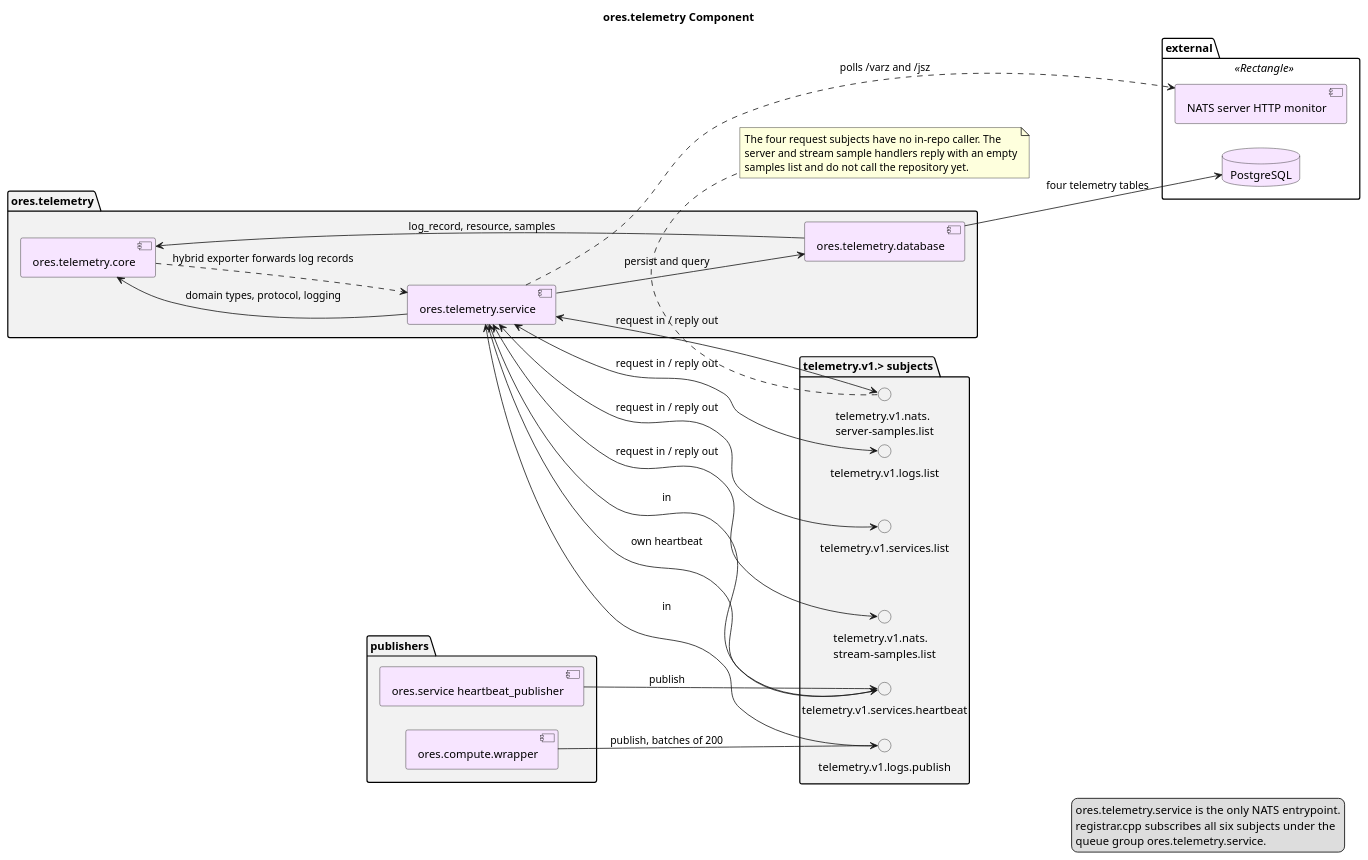
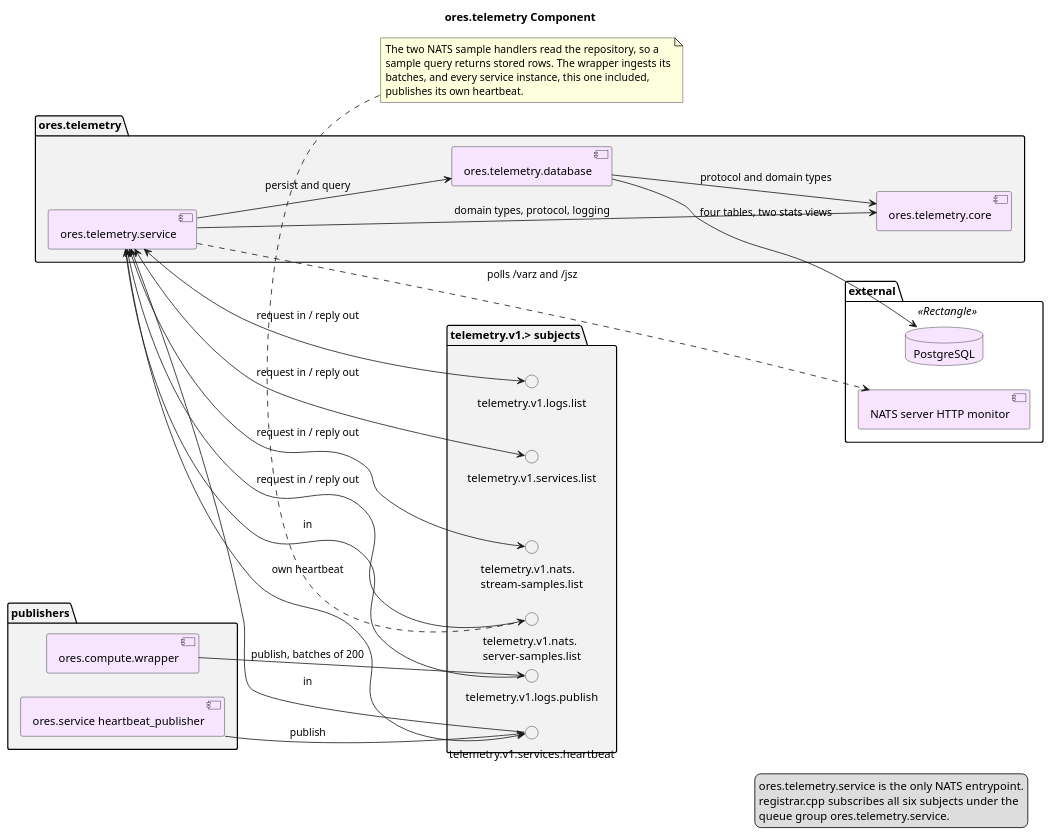
One commit to OreStudio/OreStudio changed the diagram in projects/ores.telemetry/modeling/ores.telemetry.puml. Above: the diagram before and after it, drawn with PlantUML. The commit also changed 7 other files, not shown here.

First line of the commit message:
[telemetry] Refresh the four component diagrams

```diff
--- a/projects/ores.telemetry/modeling/ores.telemetry.puml
+++ b/projects/ores.telemetry/modeling/ores.telemetry.puml
@@ -18,85 +18,85 @@
 @startuml
 
 title ores.telemetry Component
 
 set namespaceSeparator ::
 
 left to right direction
 skinparam nodesep 30
 skinparam ranksep 40
 
 package "ores.telemetry" #F2F2F2 {
     component [ores.telemetry.core] as tcore #F7E5FF
     component [ores.telemetry.database] as tdb #F7E5FF
     component [ores.telemetry.service] as tsvc #F7E5FF
 }
 
 ' --- manual: everything below this line is hand-authored; the script preserves it ---
 
 ' The component owns no C++ sources at its root, so the automated pass cannot
 ' draw it: that pass reads projects/<component>/include/, and ores.telemetry
 ' has no such directory. The three part boxes above are the composite's own
 ' content. Everything below is hand-authored: the part-to-part edges, the
 ' external publishers and stores, and the six subjects of the telemetry.v1.>
 ' namespace. The subjects are declared once each in the protocol headers of
 ' ores.telemetry.core and are all served by
 ' service/src/messaging/registrar.cpp.
 
 package "publishers" #F2F2F2 {
     component [ores.compute.wrapper] as wrapper #F7E5FF
     component [ores.service heartbeat_publisher] as heartbeat #F7E5FF
 }
 
 package "telemetry.v1.> subjects" #F2F2F2 {
     interface "telemetry.v1.logs.publish" as s_logs_publish
     interface "telemetry.v1.services.heartbeat" as s_services_heartbeat
     interface "telemetry.v1.logs.list" as s_logs_list
     interface "telemetry.v1.services.list" as s_services_list
     interface "telemetry.v1.nats.\nserver-samples.list" as s_server_samples_list
     interface "telemetry.v1.nats.\nstream-samples.list" as s_stream_samples_list
 }
 
 package "external" <<Rectangle>> {
     component "NATS server HTTP monitor" as nats_monitor #F7E5FF
     database "PostgreSQL" as postgres #F7E5FF
 }
 
 ' --- part-to-part dependencies
 tsvc --> tcore : domain types, protocol, logging
 tsvc --> tdb : persist and query
-tdb --> tcore : log_record, resource, samples
-tcore ..> tsvc : hybrid exporter forwards log records
+tdb --> tcore : protocol and domain types
 
 ' --- one-way publishes into the component
 wrapper --> s_logs_publish : publish, batches of 200
 s_logs_publish --> tsvc : in
 heartbeat --> s_services_heartbeat : publish
 tsvc --> s_services_heartbeat : own heartbeat
 s_services_heartbeat --> tsvc : in
 
 ' --- request/reply queries served by the component
 tsvc <--> s_logs_list : request in / reply out
 tsvc <--> s_services_list : request in / reply out
 tsvc <--> s_server_samples_list : request in / reply out
 tsvc <--> s_stream_samples_list : request in / reply out
 
 ' --- collection and storage
 tsvc ..> nats_monitor : polls /varz and /jsz
-tdb --> postgres : four telemetry tables
+tdb --> postgres : four tables, two stats views
 
 note bottom of s_server_samples_list
-The four request subjects have no in-repo caller. The
-server and stream sample handlers reply with an empty
-samples list and do not call the repository yet.
+The two NATS sample handlers read the repository, so a
+sample query returns stored rows. The wrapper ingests its
+batches, and every service instance, this one included,
+publishes its own heartbeat.
 end note
 
 legend right
   ores.telemetry.service is the only NATS entrypoint.
   registrar.cpp subscribes all six subjects under the
   queue group ores.telemetry.service.
 endlegend
 
 ' Local Variables:
 ' compile-command: "java -Djava.awt.headless=true -DPLANTUML_SECURITY_PROFILE=UNSECURE -DPLANTUML_LIMIT_SIZE=65535 -jar /usr/share/plantuml/plantuml.jar ores.telemetry.puml"
 ' End:
 @enduml
```
